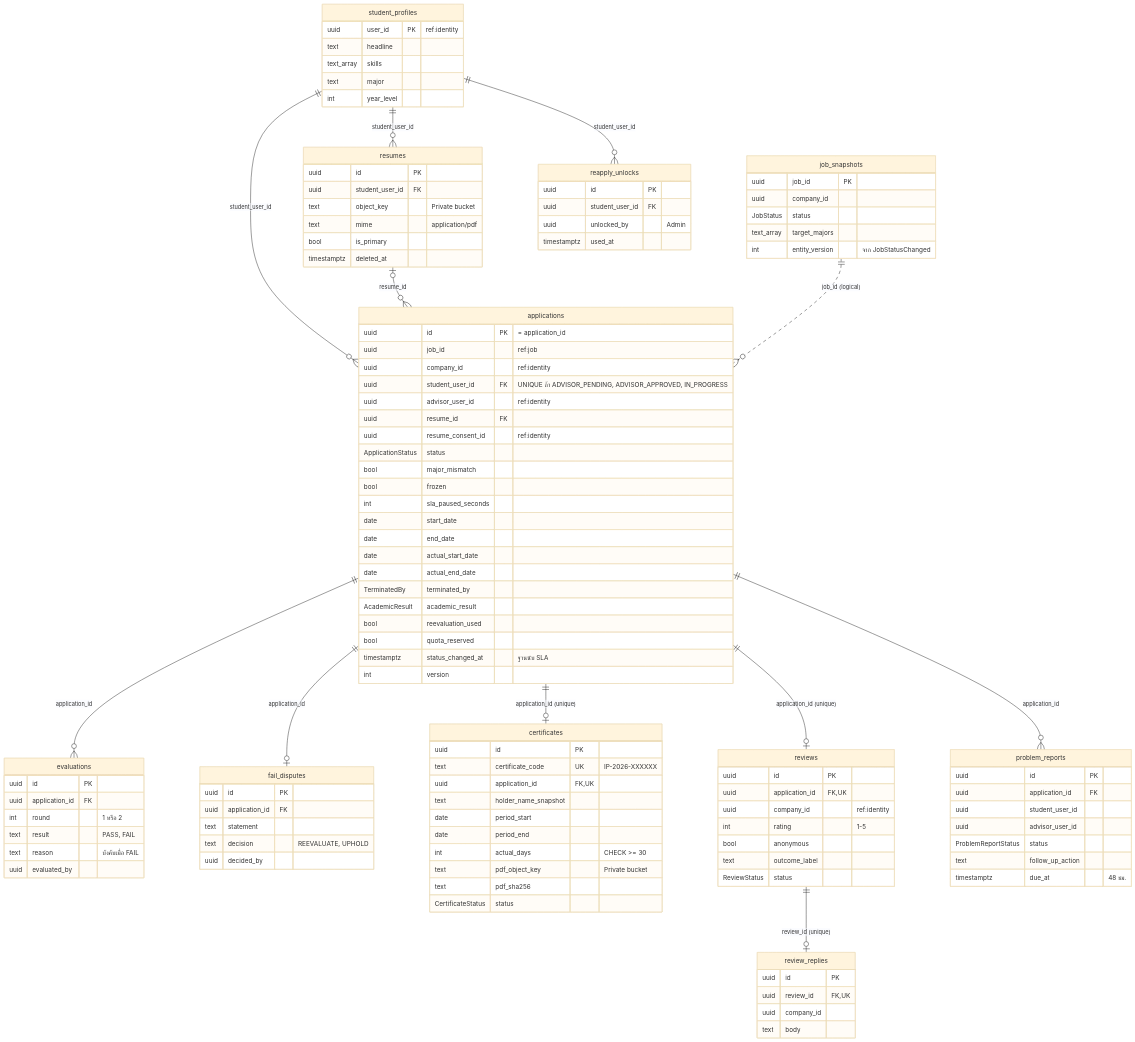
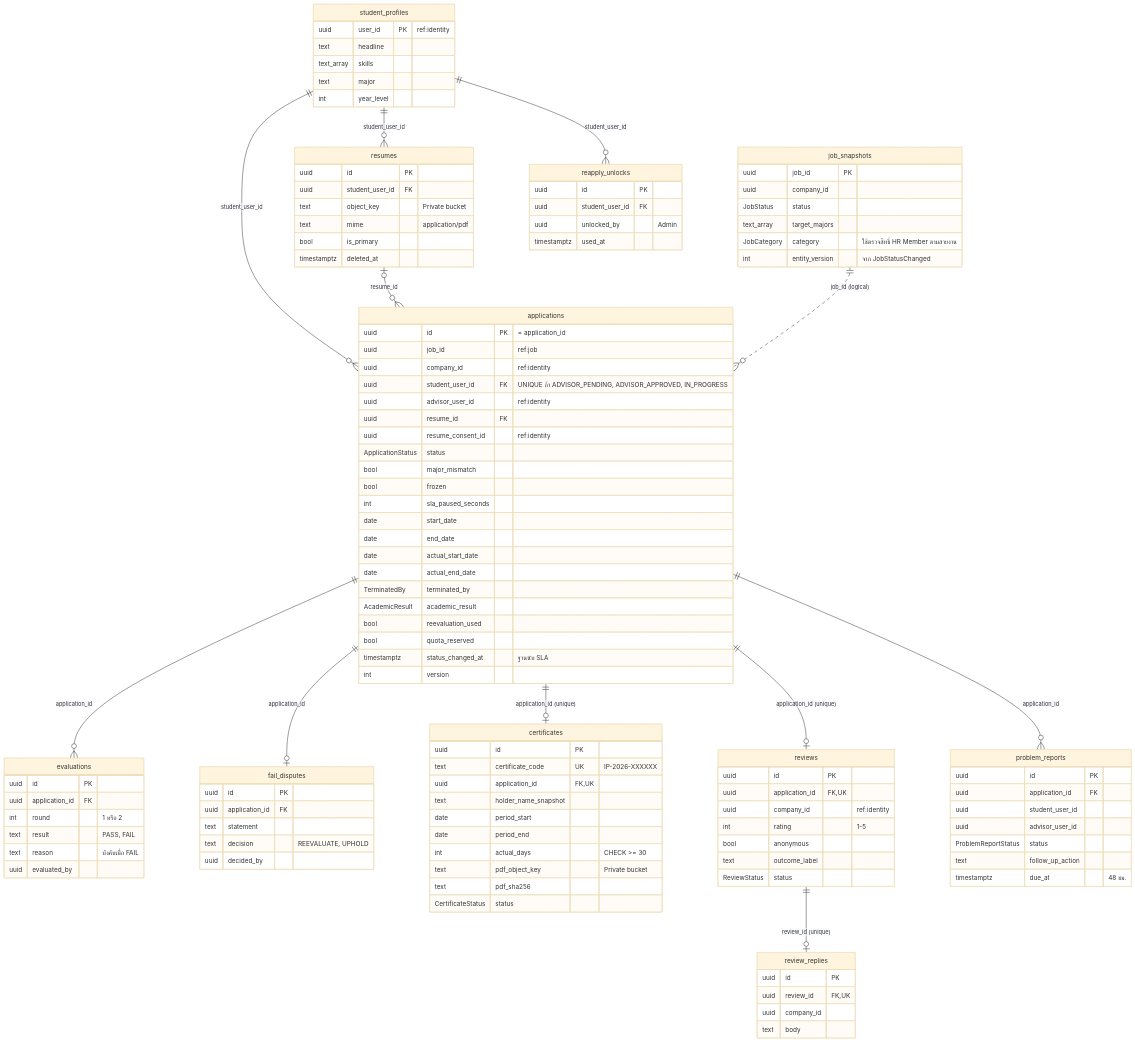
One commit to InternPATHz/InternPATH changed diagram 17 of 18 in docs/diagram.md. Above: the diagram before and after it, drawn with Mermaid (base theme). The commit also changed other lines of this file and 224 other files, not shown here.

```diff
--- a/docs/diagram.md
+++ b/docs/diagram.md
@@ -1041,6 +995,7 @@
         uuid company_id
         JobStatus status
         text_array target_majors
+        JobCategory category "ใช้ตรวจสิทธิ์ HR Member ตามสายงาน"
         int entity_version "จาก JobStatusChanged"
     }
     applications {
```
